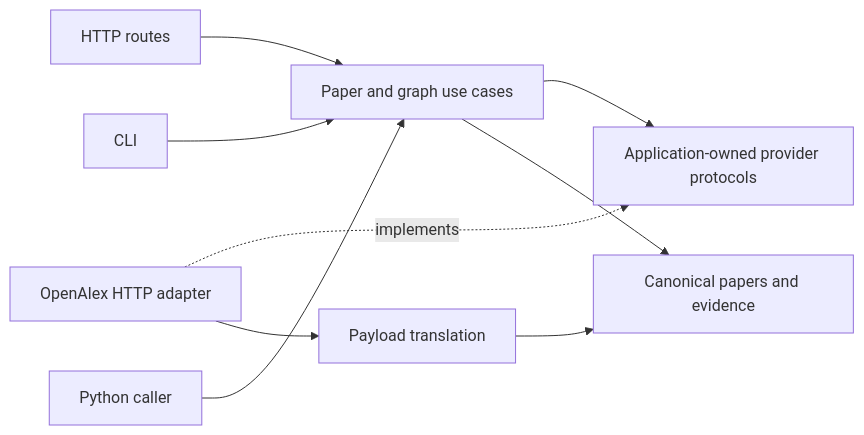
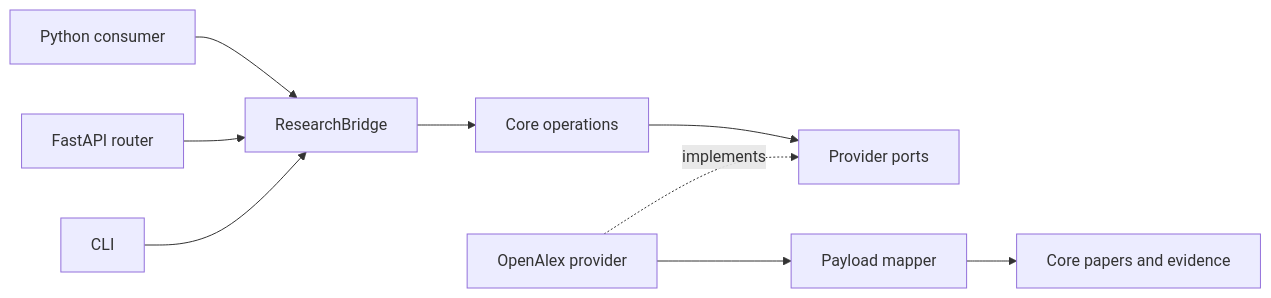
One commit to AyushSolanki-17/research-bridge-ai changed the diagram in docs/extending.md. Above: the diagram before and after it, drawn with Mermaid. The commit also changed other lines of this file and 92 other files, not shown here.

Commit message:
feat(package): expose reusable research bridge API

````diff
--- a/docs/extending.md
+++ b/docs/extending.md
@@ -11,11 +10,11 @@
 ```mermaid
 flowchart LR
-    HTTP[HTTP routes] --> UseCases[Paper and graph use cases]
-    CLI[CLI] --> UseCases
-    Library[Python caller] --> UseCases
-    UseCases --> Ports[Application-owned provider protocols]
-    Adapter[OpenAlex HTTP adapter] -. implements .-> Ports
-    Adapter --> Translation[Payload translation]
-    Translation --> Values[Canonical papers and evidence]
-    UseCases --> Values
+    Python[Python consumer] --> Bridge[ResearchBridge]
+    HTTP[FastAPI router] --> Bridge
+    CLI[CLI] --> Bridge
+    Bridge --> Core[Core operations]
+    Core --> Ports[Provider ports]
+    OpenAlex[OpenAlex provider] -. implements .-> Ports
+    OpenAlex --> Mapper[Payload mapper]
+    Mapper --> Models[Core papers and evidence]
 ```
````
